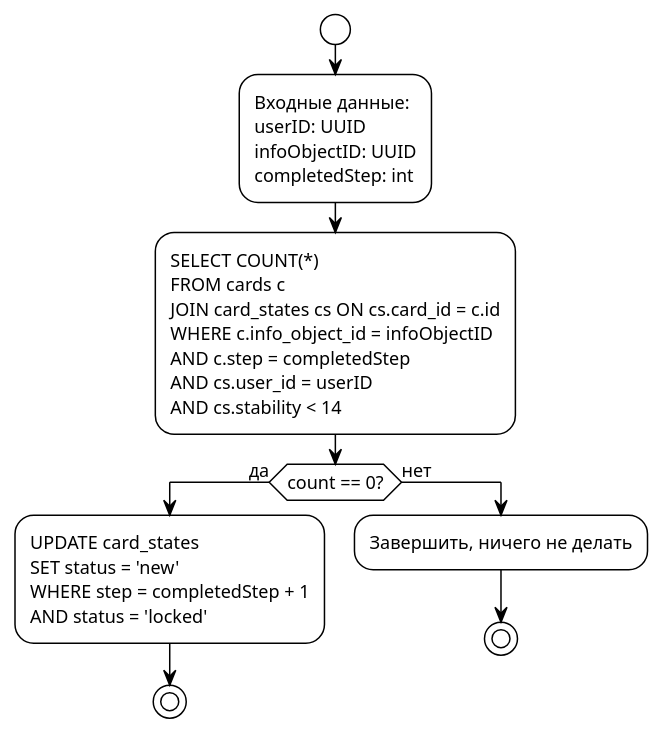
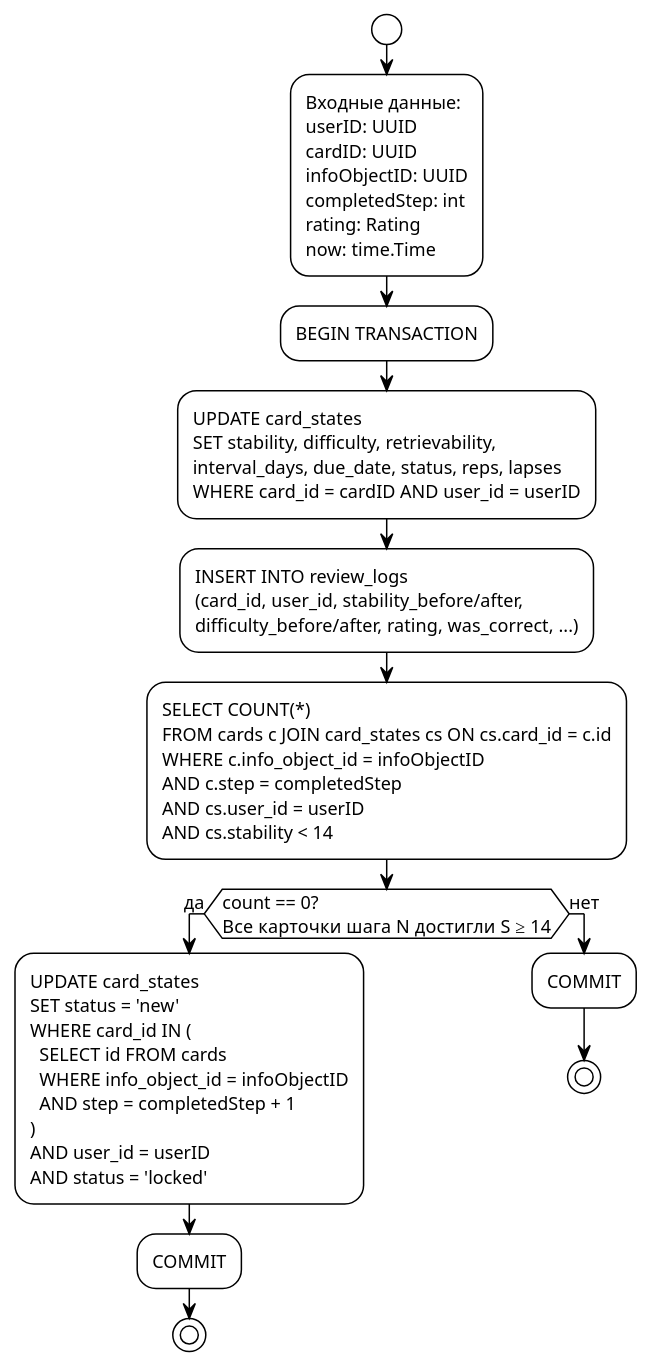
Diagram 12 of 13 in papers/second.md (AleksKislov/shmanki), drawn with PlantUML before and after one commit. The commit also changed other lines of this file and 2 other files, not shown here.

Commit message:
add prez and fix second about step algo

````diff
--- a/papers/second.md
+++ b/papers/second.md
@@ -1167,21 +1167,29 @@
 ```plantuml
 @startuml activity_unlock_step
 !theme plain
 skinparam defaultFontName Arial
 skinparam defaultFontSize 12
 skinparam shadowing false
 
 start
-:Входные данные:\nuserID: UUID\ninfoObjectID: UUID\ncompletedStep: int;
-:SELECT COUNT(*)\nFROM cards c\nJOIN card_states cs ON cs.card_id = c.id\nWHERE c.info_object_id = infoObjectID\nAND c.step = completedStep\nAND cs.user_id = userID\nAND cs.stability < 14;
+:Входные данные:\nuserID: UUID\ncardID: UUID\ninfoObjectID: UUID\ncompletedStep: int\nrating: Rating\nnow: time.Time;
 
-if (count == 0?) then (да)
-  :UPDATE card_states\nSET status = 'new'\nWHERE step = completedStep + 1\nAND status = 'locked';
+:BEGIN TRANSACTION;
+
+:UPDATE card_states\nSET stability, difficulty, retrievability,\ninterval_days, due_date, status, reps, lapses\nWHERE card_id = cardID AND user_id = userID;
+
+:INSERT INTO review_logs\n(card_id, user_id, stability_before/after,\ndifficulty_before/after, rating, was_correct, ...);
+
+:SELECT COUNT(*)\nFROM cards c JOIN card_states cs ON cs.card_id = c.id\nWHERE c.info_object_id = infoObjectID\nAND c.step = completedStep\nAND cs.user_id = userID\nAND cs.stability < 14;
+
+if (count == 0?\nВсе карточки шага N достигли S ≥ 14) then (да)
+  :UPDATE card_states\nSET status = 'new'\nWHERE card_id IN (\n  SELECT id FROM cards\n  WHERE info_object_id = infoObjectID\n  AND step = completedStep + 1\n)\nAND user_id = userID\nAND status = 'locked';
+  :COMMIT;
   stop
 else (нет)
-  :Завершить, ничего не делать;
+  :COMMIT;
   stop
 endif
 
 @enduml
 ```
````
